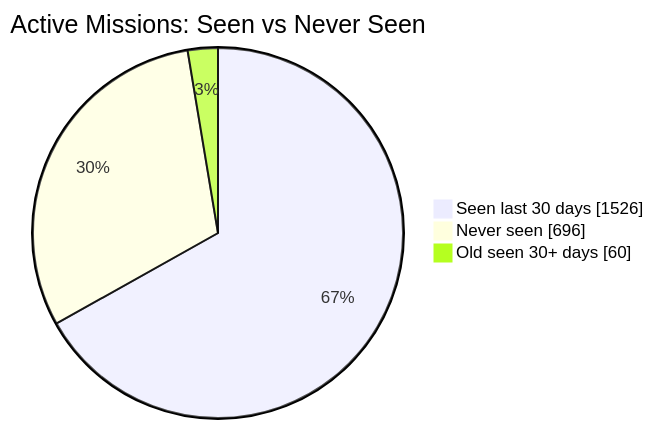
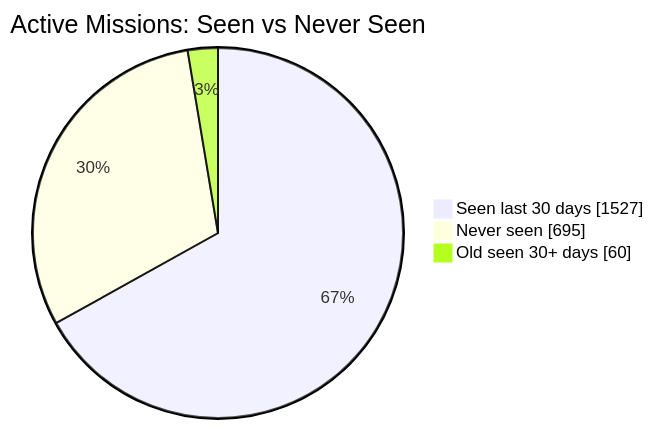
The first of 2 diagrams in README.md (MeldkamerspelGameTeam/active-missions), drawn with Mermaid before and after one commit. The commit also changed other lines of this file and 2 other files, not shown here.

````diff
--- a/README.md
+++ b/README.md
@@ -34,7 +34,7 @@
 ```mermaid
 pie showData
     title Active Missions: Seen vs Never Seen
-    "Seen last 30 days" : 1526
-    "Never seen" : 696
+    "Seen last 30 days" : 1527
+    "Never seen" : 695
     "Old seen 30+ days" : 60
 ```
````
